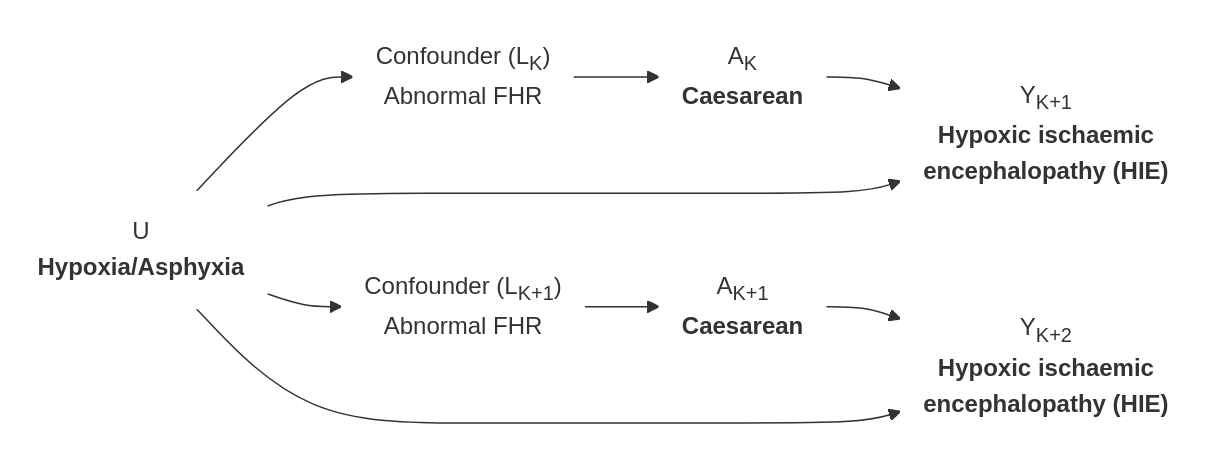
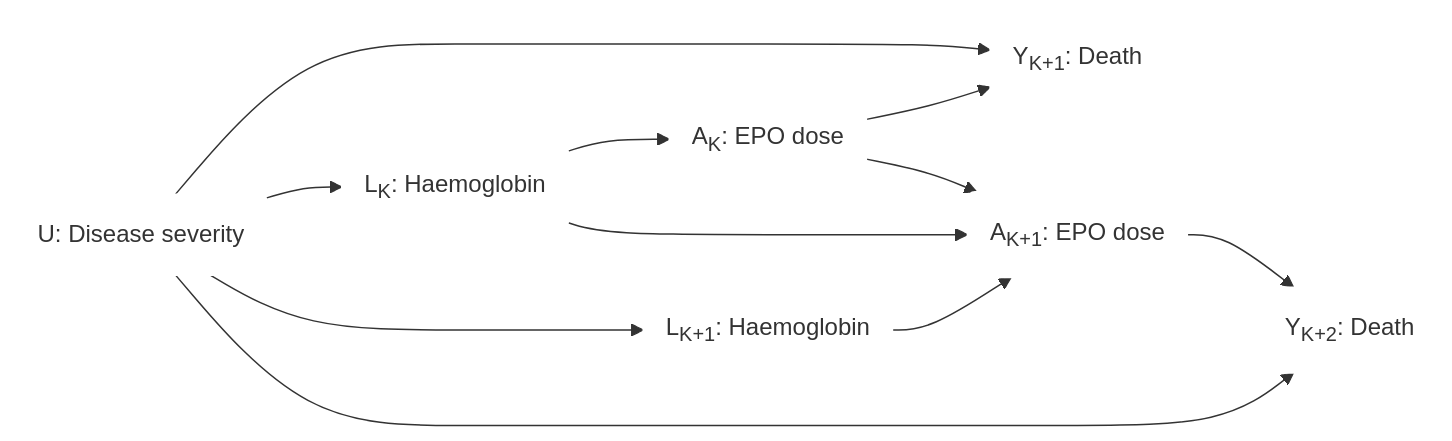
One commit to birth-outcomes/birth_outcomes_summary changed diagram 21 of 22 in book_birth_outcomes_summary/design_causal.md. Above: the diagram before and after it, drawn with Mermaid. The commit also changed other lines of this file and 3 other files, not shown here.

`````diff
--- a/book_birth_outcomes_summary/design_causal.md
+++ b/book_birth_outcomes_summary/design_causal.md
@@ -648,26 +558,25 @@
 ````{mermaid}
   flowchart LR;
 
-    AK("A<sub>K</sub><br><b>Caesarean</b>"):::white;
-    AK1("A<sub>K+1</sub><br><b>Caesarean</b>"):::white;
+    ak("A<sub>K</sub>: EPO dose"):::white;
+    ak1("A<sub>K+1</sub>: EPO dose"):::white;
+    yk1("Y<sub>K+1</sub>: Death"):::white;
+    yk2("Y<sub>K+2</sub>: Death"):::white;
+    lk("L<sub>K</sub>: Haemoglobin"):::white;
+    lk1("L<sub>K+1</sub>: Haemoglobin"):::white;
+    u("U: Disease severity"):::white;
 
-    YK1("Y<sub>K+1</sub><br><b>Hypoxic ischaemic<br>encephalopathy (HIE)</b>"):::white;
-    YK2("Y<sub>K+2</sub><br><b>Hypoxic ischaemic<br>encephalopathy (HIE)</b>"):::white;
-    U("U<br><b>Hypoxia/Asphyxia</b>"):::white;
-    LK("Confounder (L<sub>K</sub>)<br>Abnormal FHR"):::white;
-    LK1("Confounder (L<sub>K+1</sub>)<br>Abnormal FHR"):::white;
+    ak --> yk1;
+    u --> yk1;
+    u --> lk;
+    lk --> ak;
+    lk --> ak1;
+    ak --> ak1;
+    u --> lk1;
+    lk1 --> ak1;
+    ak1 --> yk2;
+    u --> yk2;
 
-    AK --> YK1;
-    LK --> AK;
-    U --> LK;
-    U --> YK1;
-    U --> LK1;
-    LK1 --> AK1;
-    AK1 --> YK2;
-    U --> YK2;
-
-
-    classDef white fill:#FFFFFF, stroke:#FFFFFF;
-    classDef black fill:#FFFFFF, stroke:#000000;
-    classDef empty width:0px,height:0px;
+    classDef white fill:#FFFFFF, stroke:#FFFFFF
+    classDef black fill:#FFFFFF, stroke:#000000
 ````
`````
